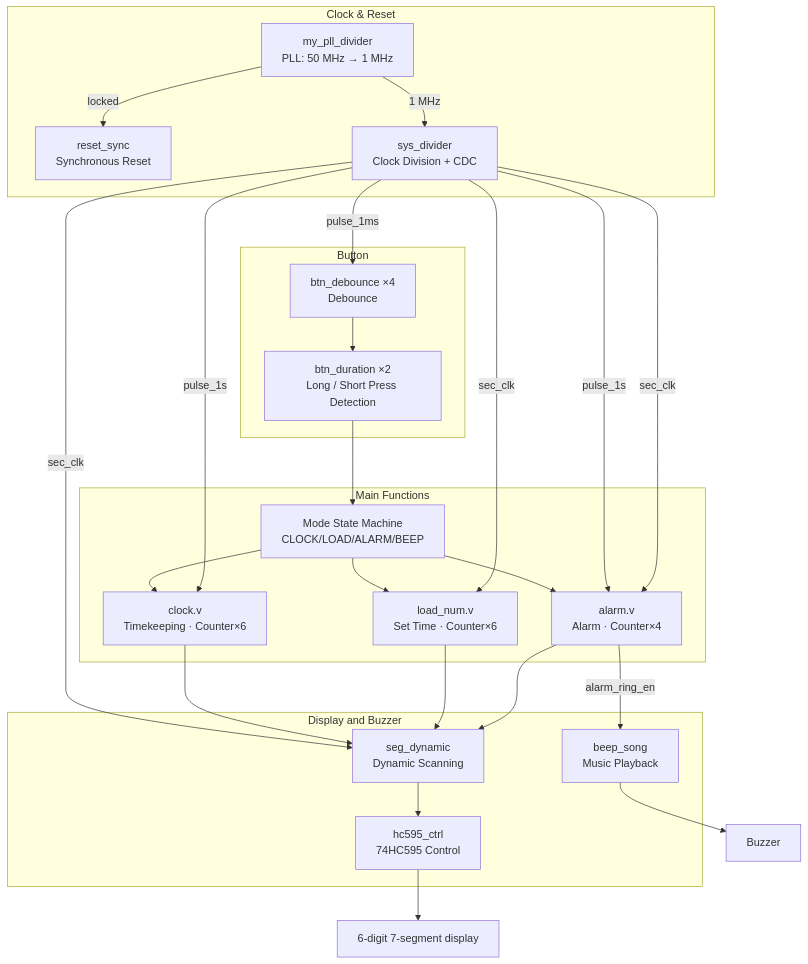
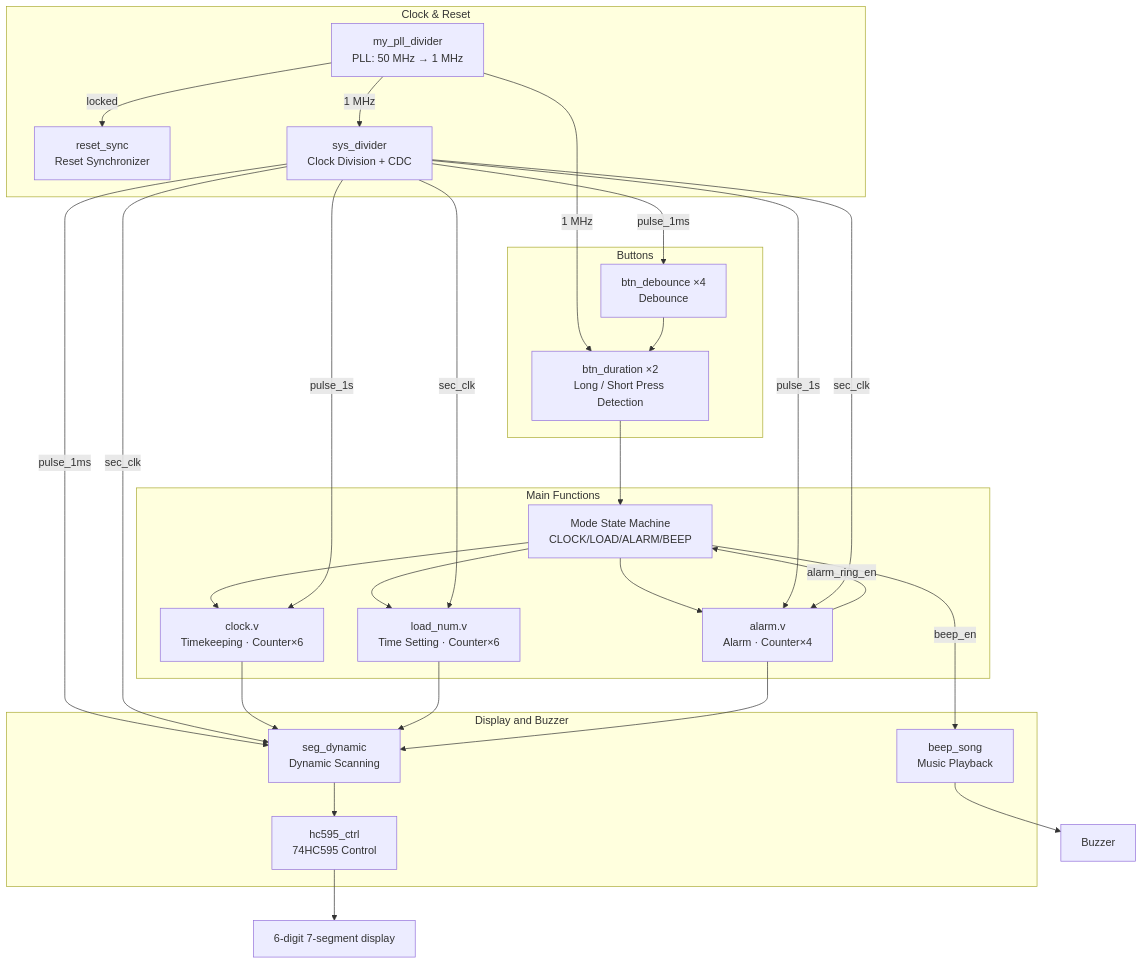
Before and after one commit to Unlimited-Rule-Book/fpga-digital-clock: the diagram in README.en.md, drawn with Mermaid. The commit also changed other lines of this file and 3 other files, not shown here.

````diff
--- a/README.en.md
+++ b/README.en.md
@@ -133,47 +130,50 @@
 ```mermaid
 flowchart TB
     subgraph clk["Clock & Reset"]
         PLL["my_pll_divider<br/>PLL: 50 MHz → 1 MHz"]
-        RST["reset_sync<br/>Synchronous Reset"]
+        RST["reset_sync<br/>Reset Synchronizer"]
         DIV["sys_divider<br/>Clock Division + CDC"]
     end
 
-    subgraph key["Button"]
+    subgraph key["Buttons"]
         DB["btn_debounce ×4<br/>Debounce"]
         DUR["btn_duration ×2<br/>Long / Short Press Detection"]
     end
 
     subgraph core["Main Functions"]
         FSM["Mode State Machine<br/>CLOCK/LOAD/ALARM/BEEP"]
         CLK["clock.v<br/>Timekeeping · Counter×6"]
-        NUM["load_num.v<br/>Set Time · Counter×6"]
+        NUM["load_num.v<br/>Time Setting · Counter×6"]
         ALM["alarm.v<br/>Alarm · Counter×4"]
     end
 
     subgraph out["Display and Buzzer"]
         SEG["seg_dynamic<br/>Dynamic Scanning"]
         HC["hc595_ctrl<br/>74HC595 Control"]
         BEEP["beep_song<br/>Music Playback"]
     end
 
     PLL -->|1 MHz| DIV
     PLL -->|locked| RST
+    PLL -->|1 MHz| DUR
     DIV -->|pulse_1ms| DB
     DB --> DUR
     DUR --> FSM
     FSM --> CLK
     FSM --> NUM
     FSM --> ALM
+    FSM -->|beep_en| BEEP
+    DIV -->|pulse_1ms| SEG
     DIV -->|pulse_1s| CLK
     DIV -->|pulse_1s| ALM
     DIV -->|sec_clk| NUM
     DIV -->|sec_clk| SEG
     DIV -->|sec_clk| ALM
     CLK --> SEG
     NUM --> SEG
     ALM --> SEG
     SEG --> HC
     HC --> LED["6-digit 7-segment display"]
-    ALM -->|alarm_ring_en| BEEP
+    ALM -->|alarm_ring_en| FSM
     BEEP --> BUZ["Buzzer"]
 ```
````
